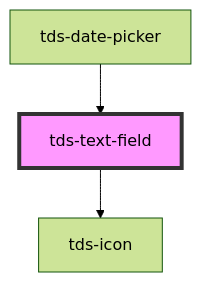
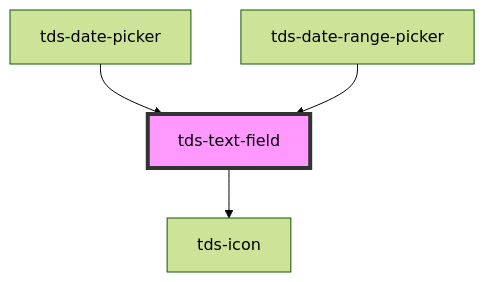
The diagram in packages/core/src/components/text-field/readme.md (scania-digital-design-system/tegel), drawn with Mermaid (forest theme) before and after one commit. The commit also changed other lines of this file and 17 other files, not shown here.

````diff
--- a/packages/core/src/components/text-field/readme.md
+++ b/packages/core/src/components/text-field/readme.md
@@ -60,6 +61,7 @@
 ```mermaid
 graph TD;
   tds-text-field --> tds-icon
   tds-date-picker --> tds-text-field
+  tds-date-range-picker --> tds-text-field
   style tds-text-field fill:#f9f,stroke:#333,stroke-width:4px
 ```
````
